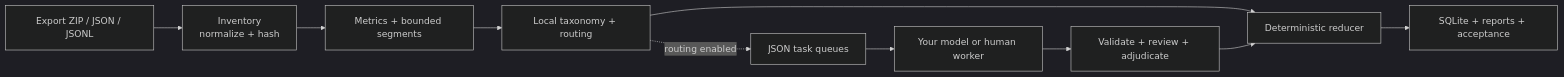
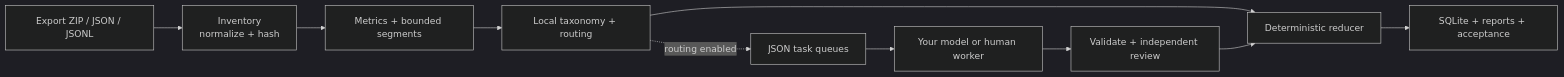
The diagram in README.md (alsi-lawr/chatgpt-analysis), drawn with Mermaid (dark theme) before and after one commit. The commit also changed other lines of this file and 19 other files, not shown here.

````diff
--- a/README.md
+++ b/README.md
@@ -129,13 +129,13 @@
 ```mermaid
 flowchart LR
     A["Export ZIP / JSON / JSONL"] --> B["Inventory<br/>normalize + hash"]
     B --> C["Metrics + bounded segments"]
     C --> D["Local taxonomy + routing"]
     D --> E["Deterministic reducer"]
     E --> F["SQLite + reports + acceptance"]
 
     D -. "routing enabled" .-> G["JSON task queues"]
     G --> H["Your model or human worker"]
-    H --> I["Validate + review + adjudicate"]
+    H --> I["Validate + independent review"]
     I --> E
 ```
````
